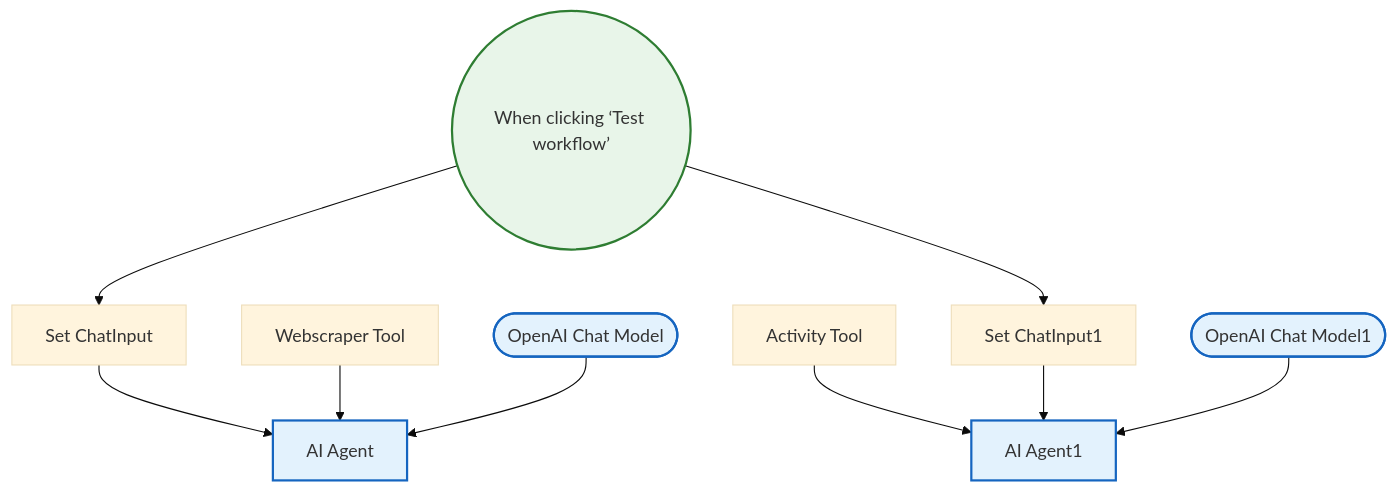
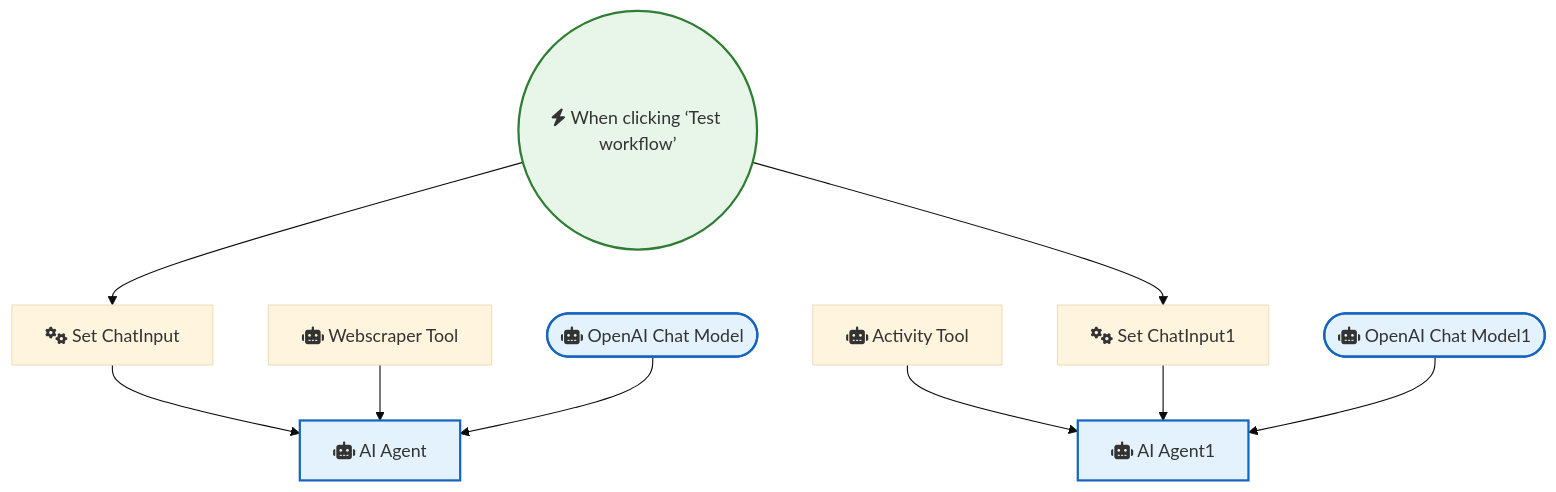
One commit to sreyash3105/N8N-DEMO-AUTOMATIONS changed the diagram in Other_Integrations_and_Use_Cases/Introduction to the HTTP Tool.md. Above: the diagram before and after it, drawn with Mermaid (base theme). The commit also changed 291 other files, not shown here.

````diff
--- a/Other_Integrations_and_Use_Cases/Introduction to the HTTP Tool.md
+++ b/Other_Integrations_and_Use_Cases/Introduction to the HTTP Tool.md
@@ -1,25 +1,25 @@
 ```mermaid
 graph TD
     classDef trigger fill:#e8f5e9,stroke:#2e7d32,stroke-width:2px;
     classDef ai fill:#e3f2fd,stroke:#1565c0,stroke-width:2px;
     classDef logic fill:#fff3e0,stroke:#ef6c00,stroke-width:2px;
 
-    OpenAI_Chat_Model(["OpenAI Chat Model"]):::ai
-    OpenAI_Chat_Model1(["OpenAI Chat Model1"]):::ai
-    Activity_Tool["Activity Tool"]
-    Set_ChatInput1["Set ChatInput1"]
-    AI_Agent1["AI Agent1"]:::ai
-    Set_ChatInput["Set ChatInput"]
-    When_clicking__Test_workflow_(("When clicking ‘Test workflow’")):::trigger
-    AI_Agent["AI Agent"]:::ai
-    Webscraper_Tool["Webscraper Tool"]
+    OpenAI_Chat_Model(["fas:fa-robot OpenAI Chat Model"]):::ai
+    OpenAI_Chat_Model1(["fas:fa-robot OpenAI Chat Model1"]):::ai
+    Activity_Tool["fas:fa-robot Activity Tool"]
+    Set_ChatInput1["fas:fa-cogs Set ChatInput1"]
+    AI_Agent1["fas:fa-robot AI Agent1"]:::ai
+    Set_ChatInput["fas:fa-cogs Set ChatInput"]
+    When_clicking__Test_workflow_(("fas:fa-bolt When clicking ‘Test workflow’")):::trigger
+    AI_Agent["fas:fa-robot AI Agent"]:::ai
+    Webscraper_Tool["fas:fa-robot Webscraper Tool"]
 
     Activity_Tool --> AI_Agent1
     Set_ChatInput --> AI_Agent
     Set_ChatInput1 --> AI_Agent1
     Webscraper_Tool --> AI_Agent
     OpenAI_Chat_Model --> AI_Agent
     OpenAI_Chat_Model1 --> AI_Agent1
     When_clicking__Test_workflow_ --> Set_ChatInput
     When_clicking__Test_workflow_ --> Set_ChatInput1
 ```
````
